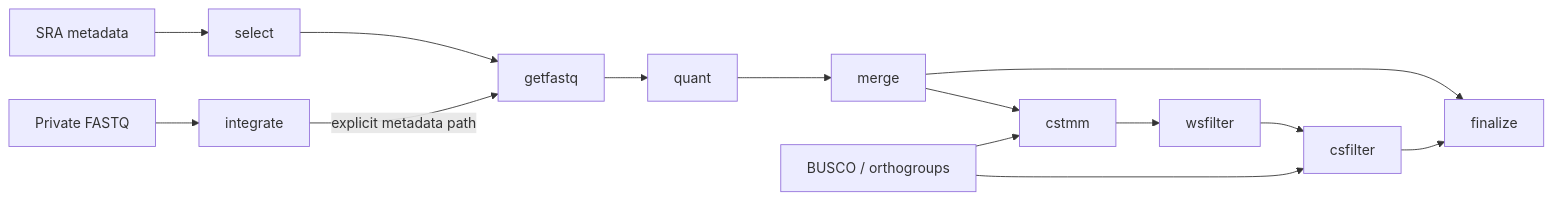
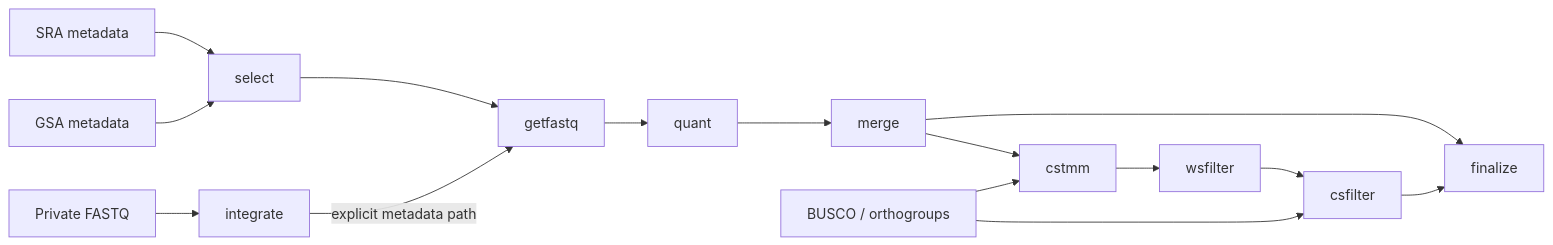
Before and after one commit to kfuku52/amalgkit: the diagram in README.md, drawn with Mermaid. The commit also changed other lines of this file and 38 other files, not shown here.

````diff
--- a/README.md
+++ b/README.md
@@ -18,12 +18,13 @@
 ```mermaid
 flowchart LR
     SRA[SRA metadata] --> select
+    GSA[GSA metadata] --> select
     select --> getfastq
     FASTQ[Private FASTQ] --> integrate
     integrate -->|explicit metadata path| getfastq
     getfastq --> quant --> merge
     merge --> finalize
     merge --> cstmm --> wsfilter --> csfilter --> finalize
     Orthologs[BUSCO / orthogroups] --> cstmm
     Orthologs --> csfilter
 ```
````
